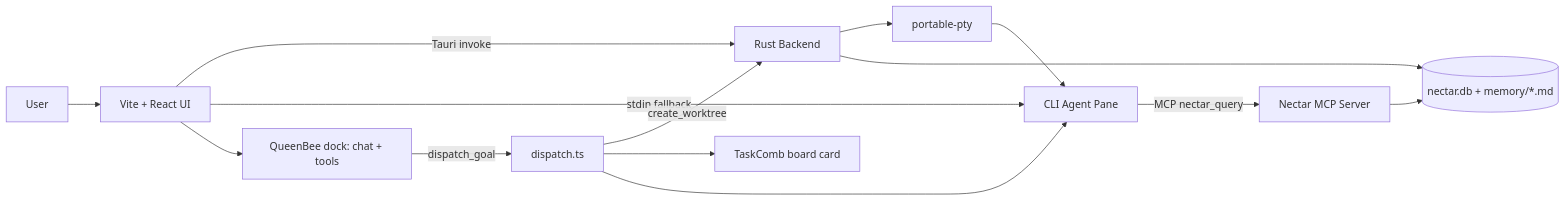
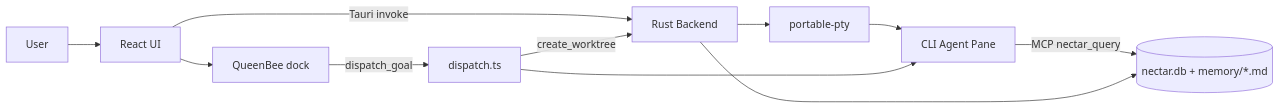
Before and after one commit to raktim-yoddha/hiveory: the diagram in README.md, drawn with Mermaid. The commit also changed other lines of this file and 85 other files, not shown here.

````diff
--- a/README.md
+++ b/README.md
@@ -63,16 +21,12 @@
 ```mermaid
 flowchart LR
-    U[User] --> UI[Vite + React UI]
+    U[User] --> UI[React UI]
     UI -->|Tauri invoke| RS[Rust Backend]
-    RS --> PTY[portable-pty]
-    PTY --> AG[CLI Agent Pane]
-    AG -->|MCP nectar_query| MCP[Nectar MCP Server]
-    MCP --> NEC[(nectar.db + memory/*.md)]
+    RS --> PTY[portable-pty] --> AG[CLI Agent Pane]
+    AG -->|MCP nectar_query| NEC[(nectar.db + memory/*.md)]
     RS --> NEC
-    UI -->|stdin fallback| AG
-    UI --> QB[QueenBee dock: chat + tools]
+    UI --> QB[QueenBee dock]
     QB -->|dispatch_goal| DS[dispatch.ts]
     DS -->|create_worktree| RS
-    DS --> TC[TaskComb board card]
     DS --> AG
 ```
````
